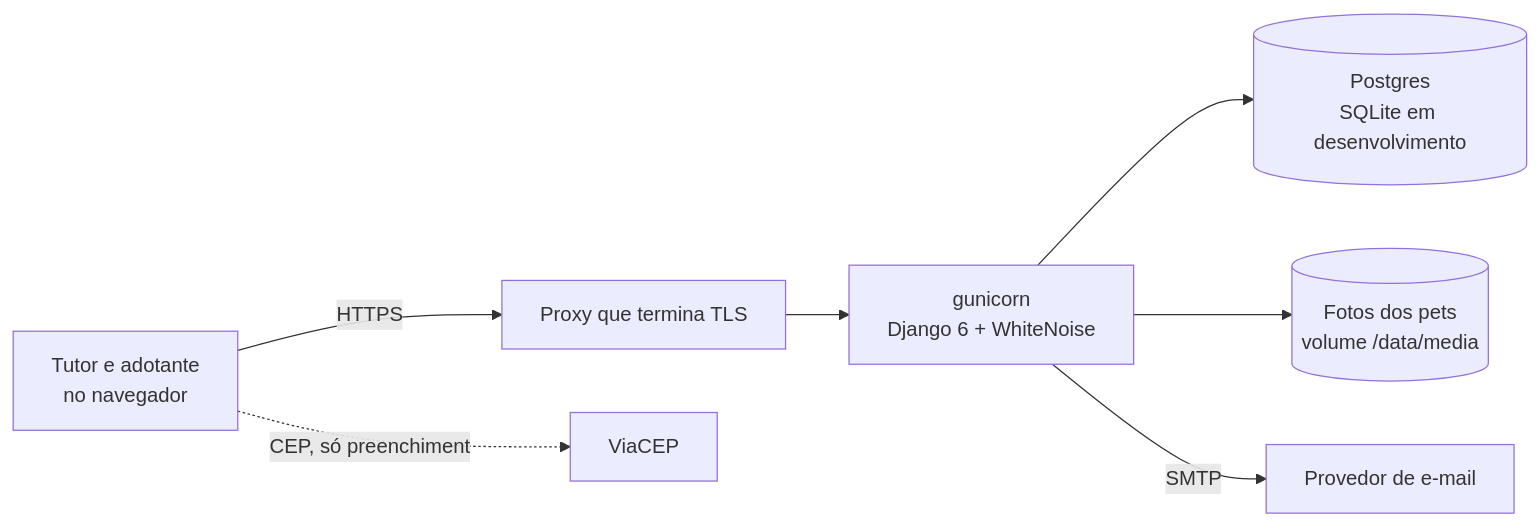
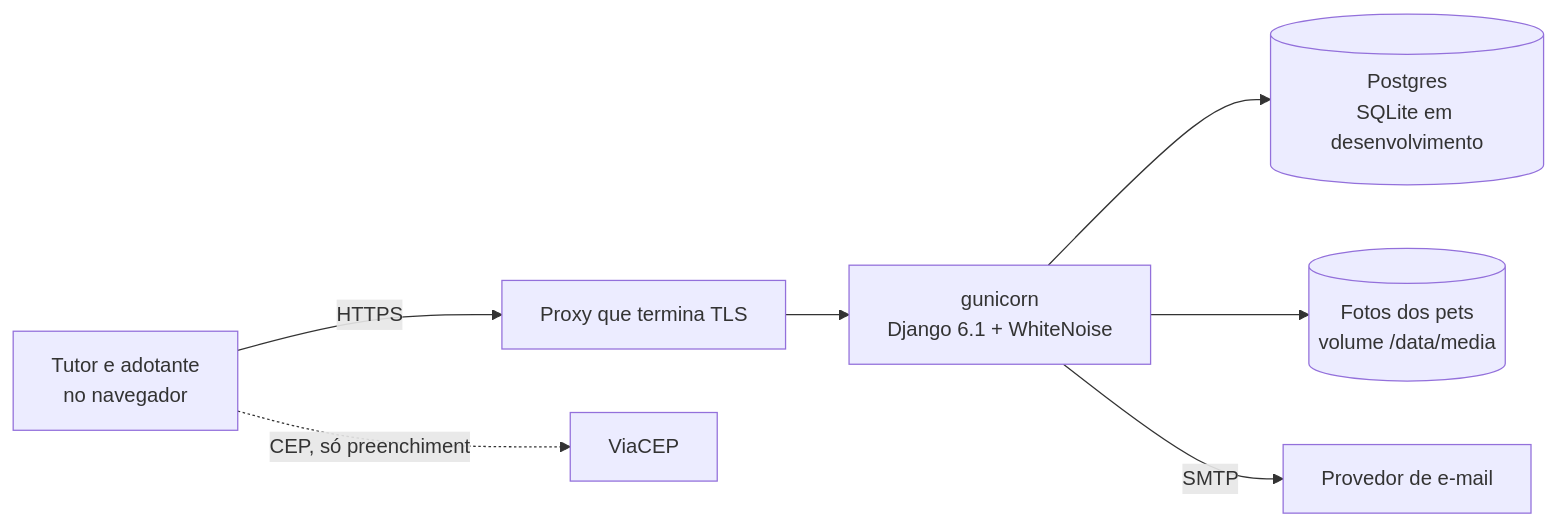
The first of 2 diagrams in docs/architecture.md (edududs/Adote), drawn with Mermaid before and after one commit. The commit also changed other lines of this file and 24 other files, not shown here.

````diff
--- a/docs/architecture.md
+++ b/docs/architecture.md
@@ -5,9 +5,9 @@
 ```mermaid
 flowchart LR
     P[Tutor e adotante<br/>no navegador] -->|HTTPS| X[Proxy que termina TLS]
-    X --> G[gunicorn<br/>Django 6 + WhiteNoise]
+    X --> G[gunicorn<br/>Django 6.1 + WhiteNoise]
     G --> DB[(Postgres<br/>SQLite em desenvolvimento)]
     G --> M[(Fotos dos pets<br/>volume /data/media)]
     G -->|SMTP| E[Provedor de e-mail]
     P -.CEP, só preenchimento.-> V[ViaCEP]
 ```
````
